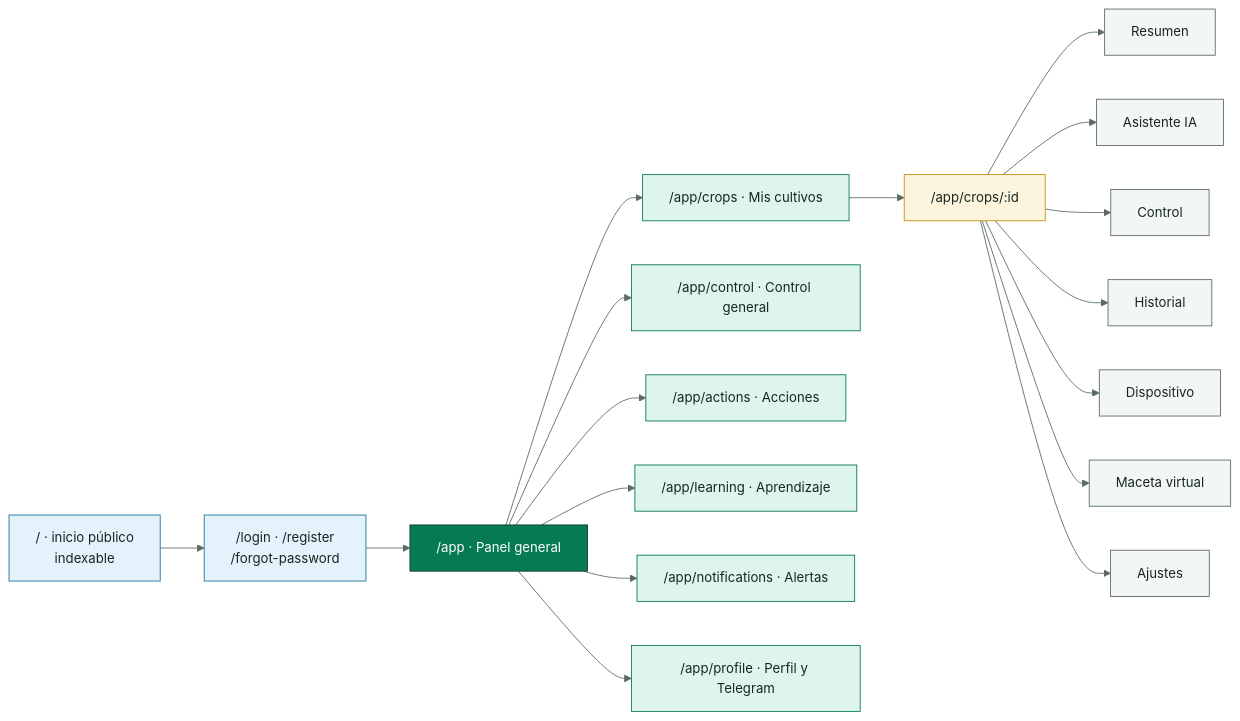
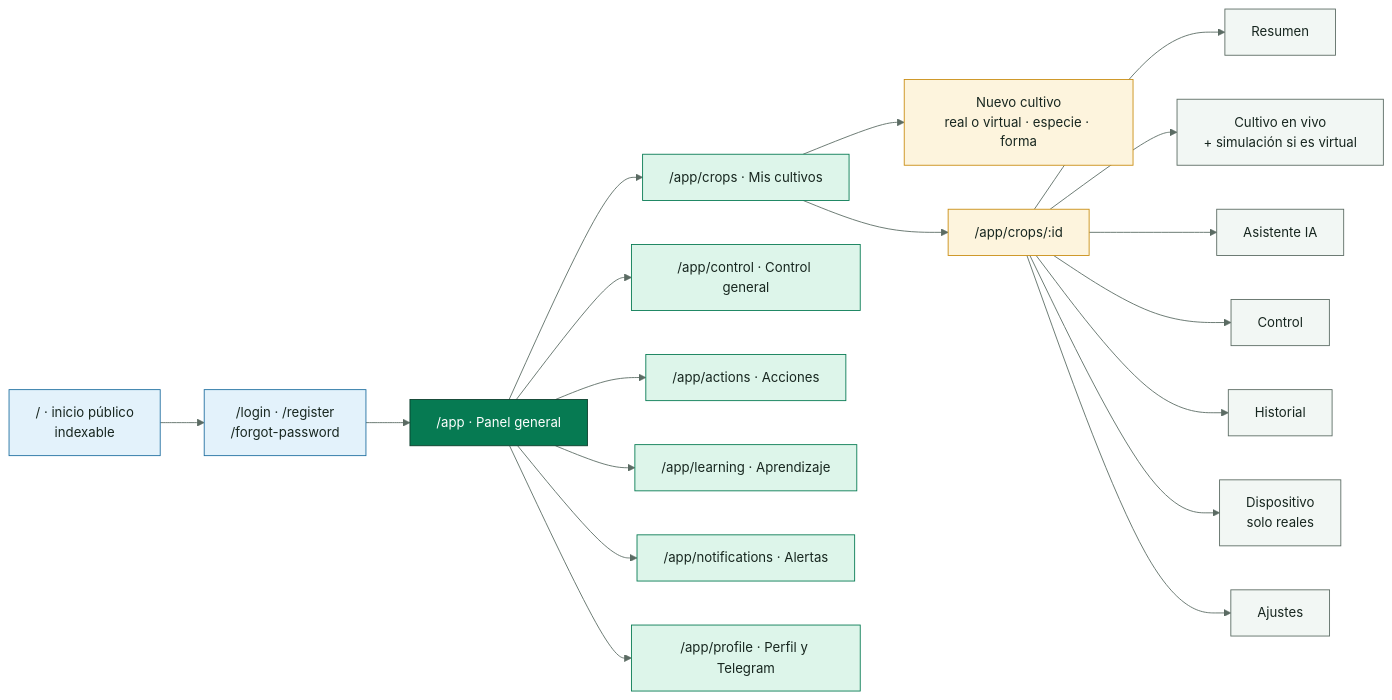
One commit to SmartPotTech/.github changed the diagram in docs/diagrams/SmartPot_32_PWA_Sitemap.mmd. Above: the diagram before and after it, drawn with Mermaid.

Commit message:
Add the new crop screens to the PWA map

```diff
--- a/docs/diagrams/SmartPot_32_PWA_Sitemap.mmd
+++ b/docs/diagrams/SmartPot_32_PWA_Sitemap.mmd
@@ -1,24 +1,25 @@
 %%{init: {"theme": "base", "fontFamily": "Segoe UI, Arial, sans-serif", "themeVariables": {"fontFamily": "Segoe UI, Arial, sans-serif", "fontSize": "15px", "primaryColor": "#DDF5EA", "primaryTextColor": "#17261F", "primaryBorderColor": "#067A52", "secondaryColor": "#E3F2FB", "secondaryTextColor": "#17261F", "secondaryBorderColor": "#1F6FA0", "tertiaryColor": "#F2F7F4", "tertiaryTextColor": "#17261F", "tertiaryBorderColor": "#D5E3DC", "lineColor": "#5B6B63", "textColor": "#17261F", "mainBkg": "#DDF5EA", "nodeBorder": "#067A52", "clusterBkg": "#F7FAF8", "clusterBorder": "#D5E3DC", "edgeLabelBackground": "#FFFFFF", "actorBkg": "#067A52", "actorBorder": "#0B3D2B", "actorTextColor": "#FFFFFF", "actorLineColor": "#5B6B63", "signalColor": "#17261F", "signalTextColor": "#17261F", "labelBoxBkgColor": "#0B3D2B", "labelBoxBorderColor": "#0B3D2B", "labelTextColor": "#FFFFFF", "loopTextColor": "#0B3D2B", "noteBkgColor": "#FDF4DD", "noteBorderColor": "#C98D12", "noteTextColor": "#17261F", "activationBkgColor": "#DDF5EA", "activationBorderColor": "#067A52", "attributeBackgroundColorOdd": "#FFFFFF", "attributeBackgroundColorEven": "#F2F7F4"}}}%%
 flowchart LR
   inicio["/ · inicio público<br/>indexable"] --> ingreso["/login · /register<br/>/forgot-password"]
   ingreso --> panel["/app · Panel general"]
   panel --> cultivos["/app/crops · Mis cultivos"]
+  cultivos --> nuevo["Nuevo cultivo<br/>real o virtual · especie · forma"]
   cultivos --> detalle["/app/crops/:id"]
-  detalle --> t1["Resumen"] & t2["Asistente IA"] & t3["Control"] & t4["Historial"] & t5["Dispositivo"] & t6["Maceta virtual"] & t7["Ajustes"]
+  detalle --> t1["Resumen"] & t6["Cultivo en vivo<br/>+ simulación si es virtual"] & t2["Asistente IA"] & t3["Control"] & t4["Historial"] & t5["Dispositivo<br/>solo reales"] & t7["Ajustes"]
   panel --> control["/app/control · Control general"]
   panel --> acciones["/app/actions · Acciones"]
   panel --> aprendizaje["/app/learning · Aprendizaje"]
   panel --> alertas["/app/notifications · Alertas"]
   panel --> perfil["/app/profile · Perfil y Telegram"]
   classDef leaf fill:#DDF5EA,stroke:#067A52,color:#17261F
   classDef water fill:#E3F2FB,stroke:#1F6FA0,color:#17261F
   classDef sun fill:#FDF4DD,stroke:#C98D12,color:#17261F
   classDef clay fill:#FBE9E1,stroke:#B85A38,color:#17261F
   classDef core fill:#067A52,stroke:#0B3D2B,color:#FFFFFF
   classDef deep fill:#0B3D2B,stroke:#06281C,color:#FFFFFF
   classDef muted fill:#F2F7F4,stroke:#5B6B63,color:#17261F
   class inicio,ingreso water
   class panel core
   class cultivos,control,acciones,aprendizaje,alertas,perfil leaf
-  class detalle sun
+  class detalle,nuevo sun
   class t1,t2,t3,t4,t5,t6,t7 muted
```
